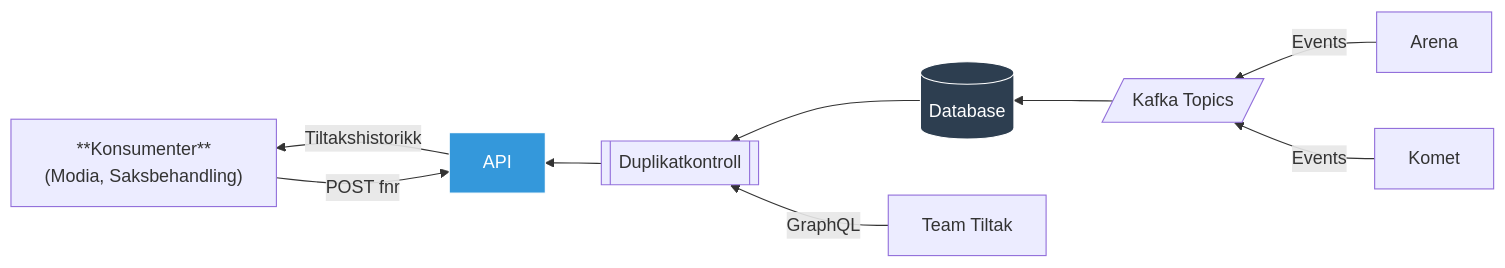
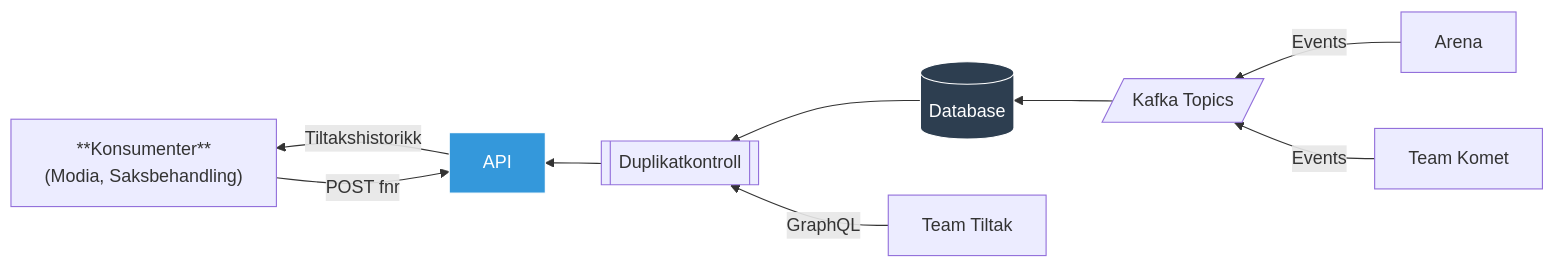
The diagram in mulighetsrommet-tiltakshistorikk/README.md (navikt/mulighetsrommet), drawn with Mermaid before and after one commit. The commit also changed other lines of this file and 7 other files, not shown here.

````diff
--- a/mulighetsrommet-tiltakshistorikk/README.md
+++ b/mulighetsrommet-tiltakshistorikk/README.md
@@ -63,24 +63,24 @@
 ```mermaid
 flowchart RL
     Arena[Arena]
-    Komet[Komet]
+    Komet[Team Komet]
     TeamTiltak[Team Tiltak]
     Kafka[/Kafka Topics/]
     DB[(Database)]
     Duplikatkontroll[[Duplikatkontroll]]
     API[API]
     Konsumenter["**Konsumenter**
     (Modia, Saksbehandling)"]
     Konsumenter -->|POST fnr| API
 
     API --> |Tiltakshistorikk| Konsumenter
     Arena -->|Events| Kafka
     Komet -->|Events| Kafka
     Kafka --> DB
     DB --> Duplikatkontroll
     TeamTiltak -->|GraphQL| Duplikatkontroll
     Duplikatkontroll --> API
 
     style DB fill:#2d3e50,stroke:#fff,color:#fff
     style API fill:#3498db,stroke:#fff,color:#fff
 ```
````
